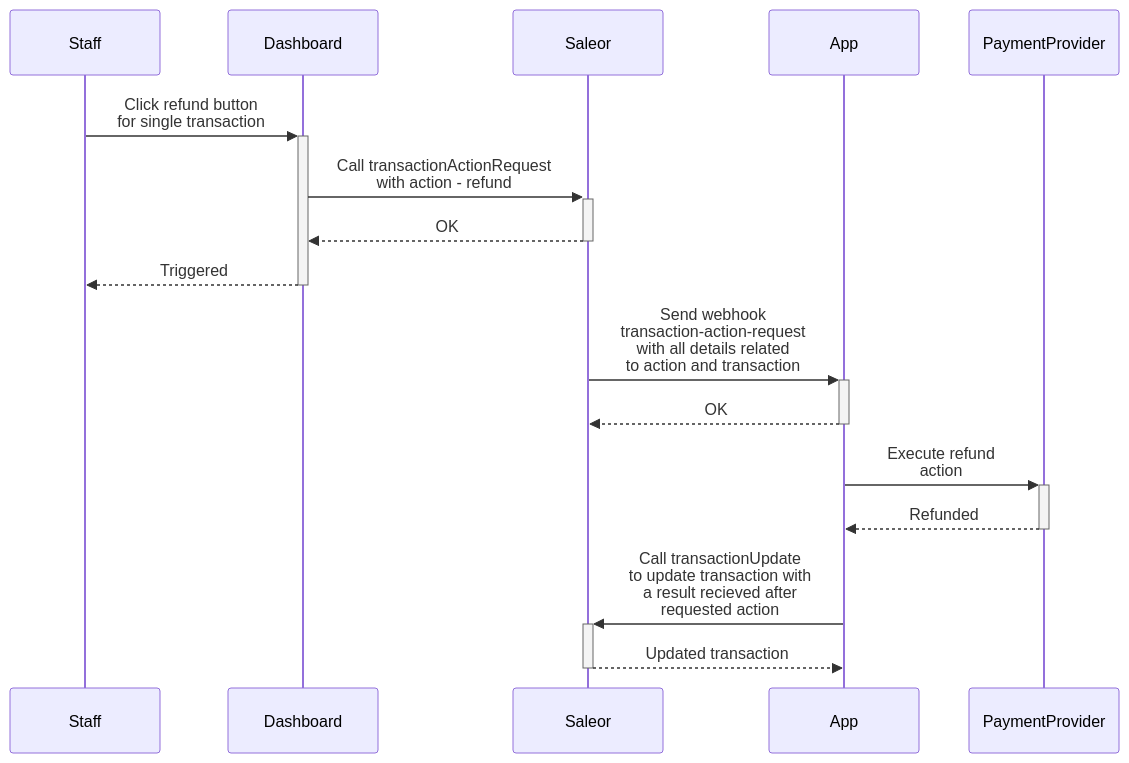
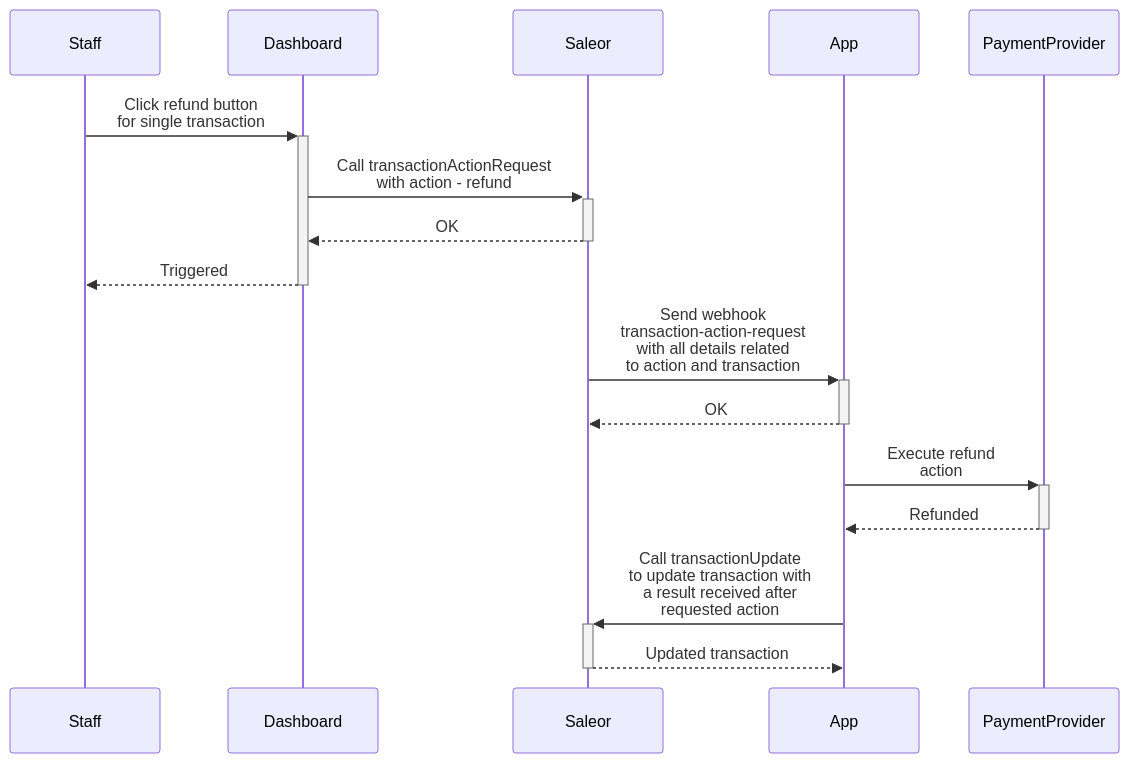
Before and after one commit to saleor/saleor-docs: the eighth of 8 diagrams in docs/developer/checkout.mdx, drawn with Mermaid. The commit also changed other lines of this file and 3 other files, not shown here.

````diff
--- a/docs/developer/checkout.mdx
+++ b/docs/developer/checkout.mdx
@@ -1700,13 +1699,13 @@
 ```mermaid
 sequenceDiagram
     Staff->>+Dashboard: Click refund button<br> for single transaction
     Dashboard->>+Saleor: Call transactionActionRequest<br> with action - refund
     Saleor -->>- Dashboard: OK
     Dashboard -->>- Staff: Triggered
     Saleor ->>+ App: Send webhook<br>transaction-action-request<br> with all details related<br> to action and transaction
     App -->>- Saleor: OK
     App ->>+ PaymentProvider: Execute refund <br>action
     PaymentProvider -->>- App: Refunded
-    App ->>+ Saleor: Call transactionUpdate <br>to update transaction with<br> a result recieved after <br>requested action
+    App ->>+ Saleor: Call transactionUpdate <br>to update transaction with<br> a result received after <br>requested action
     Saleor -->>- App: Updated transaction
 ```
````
